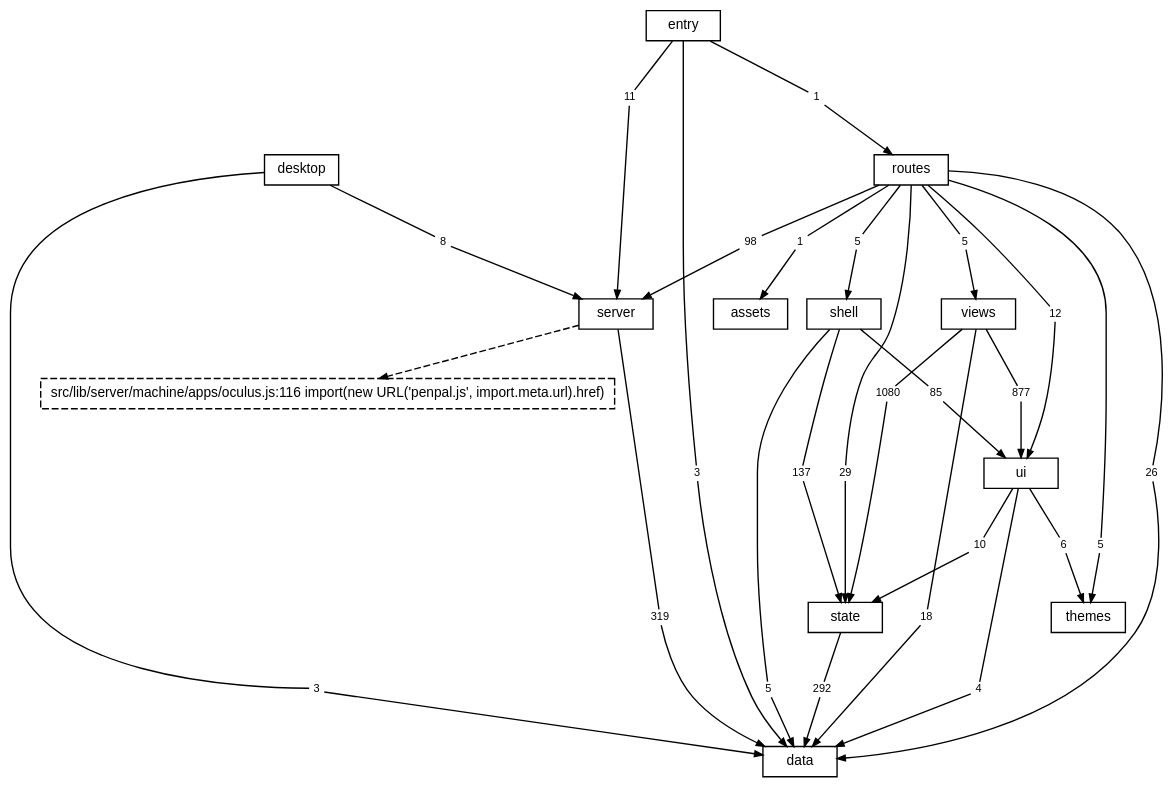
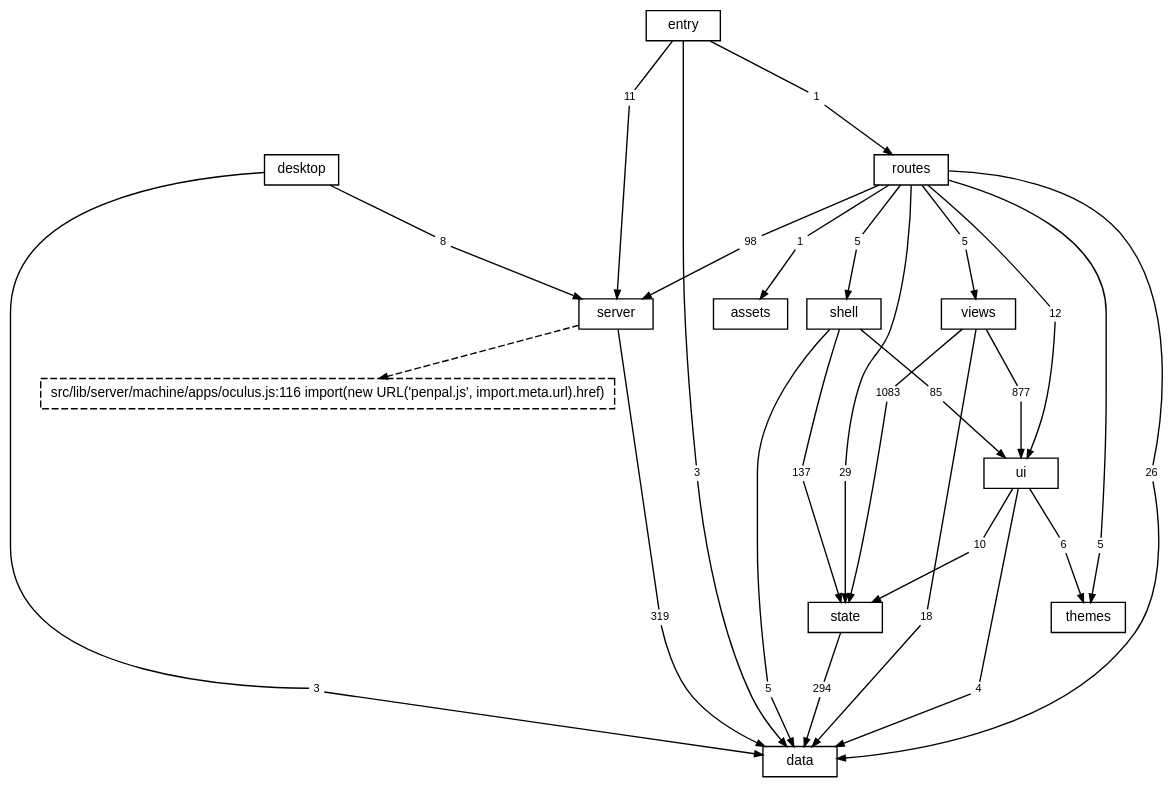
The diagram in docs/diagrams/layers.dot (TheAxeC/oculus), drawn with Graphviz before and after one commit. The commit also changed 75 other files, not shown here.

```diff
--- a/docs/diagrams/layers.dot
+++ b/docs/diagrams/layers.dot
@@ -1,90 +1,90 @@
 digraph layers {
     graph [bgcolor="transparent", rankdir=TB, newrank=true, fontname="Helvetica,Arial,sans-serif", fontsize=12, nodesep=0.2, ranksep=0.5];
     node [shape=box, color="black", fontcolor="black", fontname="Helvetica,Arial,sans-serif", fontsize=10, height=0.3, margin="0.12,0.04"];
     edge [color="black", fontcolor="black", fontname="Helvetica,Arial,sans-serif", fontsize=8, arrowsize=0.6];
     "data";
     "server";
     "state";
     "ui";
     "shell";
     "views";
     "themes";
     "routes";
     "desktop";
     "src" [label="entry"];
     "files: assets" [label="assets"];
     "? src/lib/server/machine/apps/oculus.js:116" [label="src/lib/server/machine/apps/oculus.js:116 import(new URL('penpal.js', import.meta.url).href)", style=dashed];
     "desktop to data" [label="3", shape=box, color="transparent", fontsize=8, width=0, height=0, margin="0.04,0.02"];
     "desktop" -> "desktop to data" [arrowhead=none];
     "desktop to data" -> "data" [];
     "desktop to server" [label="8", shape=box, color="transparent", fontsize=8, width=0, height=0, margin="0.04,0.02"];
     "desktop" -> "desktop to server" [arrowhead=none];
     "desktop to server" -> "server" [];
     "routes to data" [label="26", shape=box, color="transparent", fontsize=8, width=0, height=0, margin="0.04,0.02"];
     "routes" -> "routes to data" [arrowhead=none];
     "routes to data" -> "data" [];
     "routes to files: assets" [label="1", shape=box, color="transparent", fontsize=8, width=0, height=0, margin="0.04,0.02"];
     "routes" -> "routes to files: assets" [arrowhead=none];
     "routes to files: assets" -> "files: assets" [];
     "routes to server" [label="98", shape=box, color="transparent", fontsize=8, width=0, height=0, margin="0.04,0.02"];
     "routes" -> "routes to server" [arrowhead=none];
     "routes to server" -> "server" [];
     "routes to shell" [label="5", shape=box, color="transparent", fontsize=8, width=0, height=0, margin="0.04,0.02"];
     "routes" -> "routes to shell" [arrowhead=none];
     "routes to shell" -> "shell" [];
     "routes to state" [label="29", shape=box, color="transparent", fontsize=8, width=0, height=0, margin="0.04,0.02"];
     "routes" -> "routes to state" [arrowhead=none];
     "routes to state" -> "state" [];
     "routes to themes" [label="5", shape=box, color="transparent", fontsize=8, width=0, height=0, margin="0.04,0.02"];
     "routes" -> "routes to themes" [arrowhead=none];
     "routes to themes" -> "themes" [];
     "routes to ui" [label="12", shape=box, color="transparent", fontsize=8, width=0, height=0, margin="0.04,0.02"];
     "routes" -> "routes to ui" [arrowhead=none];
     "routes to ui" -> "ui" [];
     "routes to views" [label="5", shape=box, color="transparent", fontsize=8, width=0, height=0, margin="0.04,0.02"];
     "routes" -> "routes to views" [arrowhead=none];
     "routes to views" -> "views" [];
     "server to data" [label="319", shape=box, color="transparent", fontsize=8, width=0, height=0, margin="0.04,0.02"];
     "server" -> "server to data" [arrowhead=none];
     "server to data" -> "data" [];
     "shell to data" [label="5", shape=box, color="transparent", fontsize=8, width=0, height=0, margin="0.04,0.02"];
     "shell" -> "shell to data" [arrowhead=none];
     "shell to data" -> "data" [];
     "shell to state" [label="137", shape=box, color="transparent", fontsize=8, width=0, height=0, margin="0.04,0.02"];
     "shell" -> "shell to state" [arrowhead=none];
     "shell to state" -> "state" [];
     "shell to ui" [label="85", shape=box, color="transparent", fontsize=8, width=0, height=0, margin="0.04,0.02"];
     "shell" -> "shell to ui" [arrowhead=none];
     "shell to ui" -> "ui" [];
     "src to data" [label="3", shape=box, color="transparent", fontsize=8, width=0, height=0, margin="0.04,0.02"];
     "src" -> "src to data" [arrowhead=none];
     "src to data" -> "data" [];
     "src to routes" [label="1", shape=box, color="transparent", fontsize=8, width=0, height=0, margin="0.04,0.02"];
     "src" -> "src to routes" [arrowhead=none];
     "src to routes" -> "routes" [];
     "src to server" [label="11", shape=box, color="transparent", fontsize=8, width=0, height=0, margin="0.04,0.02"];
     "src" -> "src to server" [arrowhead=none];
     "src to server" -> "server" [];
-    "state to data" [label="292", shape=box, color="transparent", fontsize=8, width=0, height=0, margin="0.04,0.02"];
+    "state to data" [label="294", shape=box, color="transparent", fontsize=8, width=0, height=0, margin="0.04,0.02"];
     "state" -> "state to data" [arrowhead=none];
     "state to data" -> "data" [];
     "ui to data" [label="4", shape=box, color="transparent", fontsize=8, width=0, height=0, margin="0.04,0.02"];
     "ui" -> "ui to data" [arrowhead=none];
     "ui to data" -> "data" [];
     "ui to state" [label="10", shape=box, color="transparent", fontsize=8, width=0, height=0, margin="0.04,0.02"];
     "ui" -> "ui to state" [arrowhead=none];
     "ui to state" -> "state" [];
     "ui to themes" [label="6", shape=box, color="transparent", fontsize=8, width=0, height=0, margin="0.04,0.02"];
     "ui" -> "ui to themes" [arrowhead=none];
     "ui to themes" -> "themes" [];
     "views to data" [label="18", shape=box, color="transparent", fontsize=8, width=0, height=0, margin="0.04,0.02"];
     "views" -> "views to data" [arrowhead=none];
     "views to data" -> "data" [];
-    "views to state" [label="1080", shape=box, color="transparent", fontsize=8, width=0, height=0, margin="0.04,0.02"];
+    "views to state" [label="1083", shape=box, color="transparent", fontsize=8, width=0, height=0, margin="0.04,0.02"];
     "views" -> "views to state" [arrowhead=none];
     "views to state" -> "state" [];
     "views to ui" [label="877", shape=box, color="transparent", fontsize=8, width=0, height=0, margin="0.04,0.02"];
     "views" -> "views to ui" [arrowhead=none];
     "views to ui" -> "ui" [];
     "server" -> "? src/lib/server/machine/apps/oculus.js:116" [style=dashed];
 }
```
